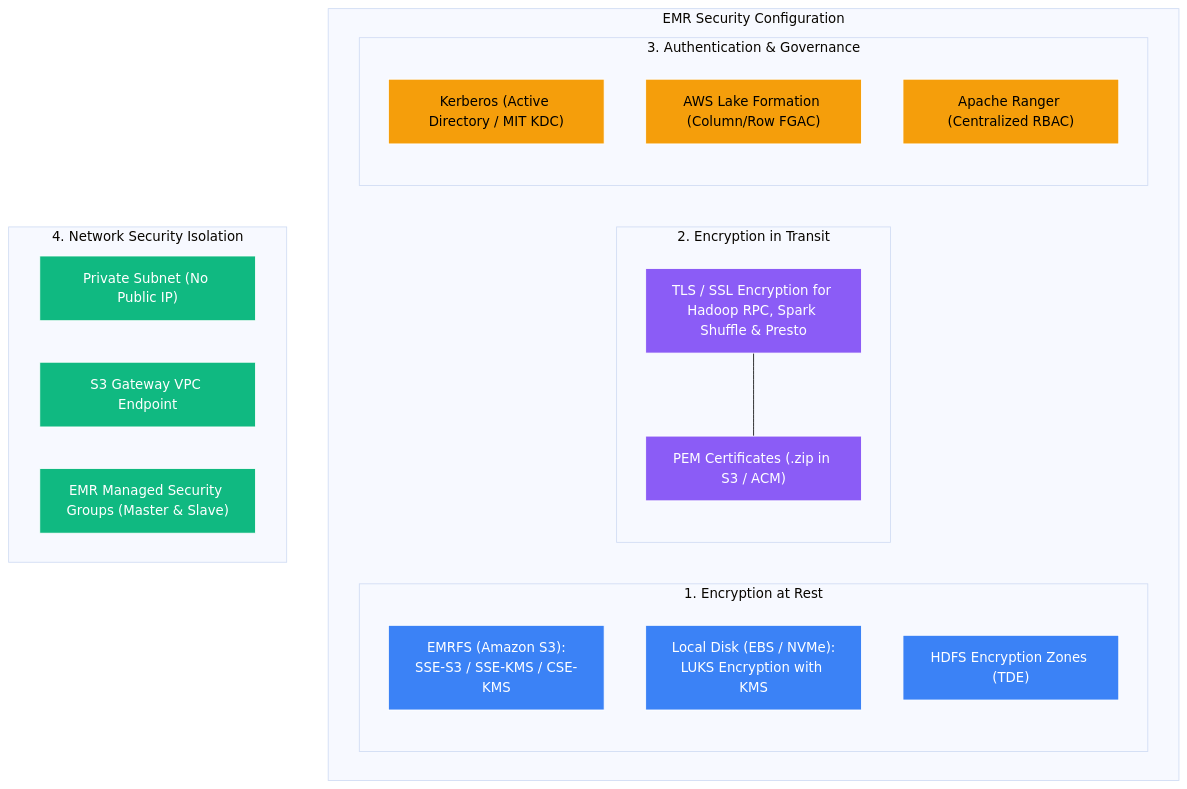
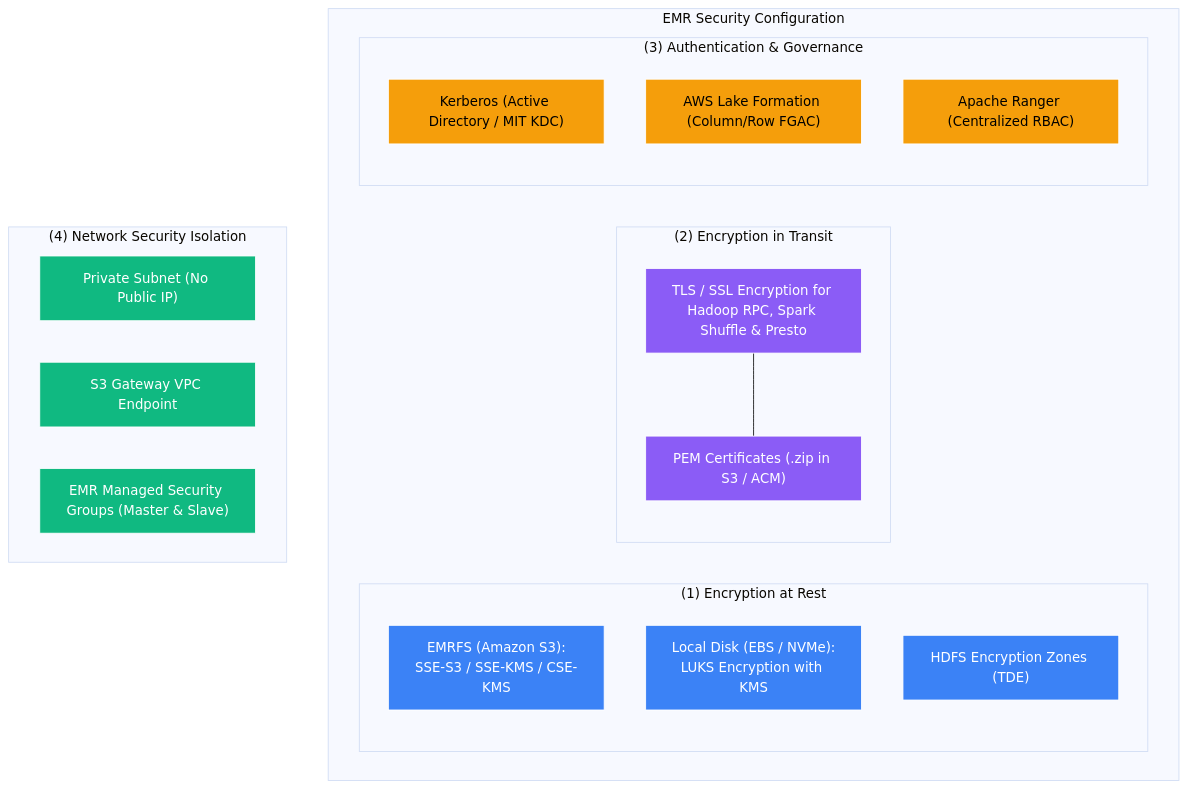
The first of 2 diagrams in content/en/02-services/analytics-streaming/emr/emr-security-and-governance.md (Wathon/aws-dea-c01-note), drawn with Mermaid (base theme) before and after one commit. The commit also changed 49 other files, not shown here.

Commit message:
Fix 'Unsupported markdown: list' Mermaid rendering issues across all English and Burmese notes

````diff
--- a/content/en/02-services/analytics-streaming/emr/emr-security-and-governance.md
+++ b/content/en/02-services/analytics-streaming/emr/emr-security-and-governance.md
@@ -32,38 +32,38 @@
 ```mermaid
 graph TD
     subgraph SecurityConfiguration["EMR Security Configuration"]
-        subgraph AtRest["1. Encryption at Rest"]
+        subgraph AtRest["(1) Encryption at Rest"]
             S3Enc["EMRFS (Amazon S3):<br>SSE-S3 / SSE-KMS / CSE-KMS"]
             LocalEnc["Local Disk (EBS / NVMe):<br>LUKS Encryption with KMS"]
             HDFSEnc["HDFS Encryption Zones (TDE)"]
         end
 
-        subgraph InTransit["2. Encryption in Transit"]
+        subgraph InTransit["(2) Encryption in Transit"]
             TLS["TLS / SSL Encryption for Hadoop RPC, Spark Shuffle & Presto"]
             Certs["PEM Certificates (.zip in S3 / ACM)"]
             TLS --- Certs
         end
 
-        subgraph AuthAccess["3. Authentication & Governance"]
+        subgraph AuthAccess["(3) Authentication & Governance"]
             Kerberos["Kerberos (Active Directory / MIT KDC)"]
             LakeFormation["AWS Lake Formation (Column/Row FGAC)"]
             Ranger["Apache Ranger (Centralized RBAC)"]
         end
     end
 
-    subgraph VPCNetwork["4. Network Security Isolation"]
+    subgraph VPCNetwork["(4) Network Security Isolation"]
         PrivateSubnet["Private Subnet (No Public IP)"]
         S3Endpoint["S3 Gateway VPC Endpoint"]
         SecurityGroups["EMR Managed Security Groups (Master & Slave)"]
     end
 
     classDef enc fill:#3b82f6,stroke:#fff,stroke-width:1px,color:#fff;
     classDef transit fill:#8b5cf6,stroke:#fff,stroke-width:1px,color:#fff;
     classDef auth fill:#f59e0b,stroke:#fff,stroke-width:1px,color:#000;
     classDef net fill:#10b981,stroke:#fff,stroke-width:1px,color:#fff;
 
     class S3Enc,LocalEnc,HDFSEnc enc;
     class TLS,Certs transit;
     class Kerberos,LakeFormation,Ranger auth;
     class PrivateSubnet,S3Endpoint,SecurityGroups net;
 ```
````
